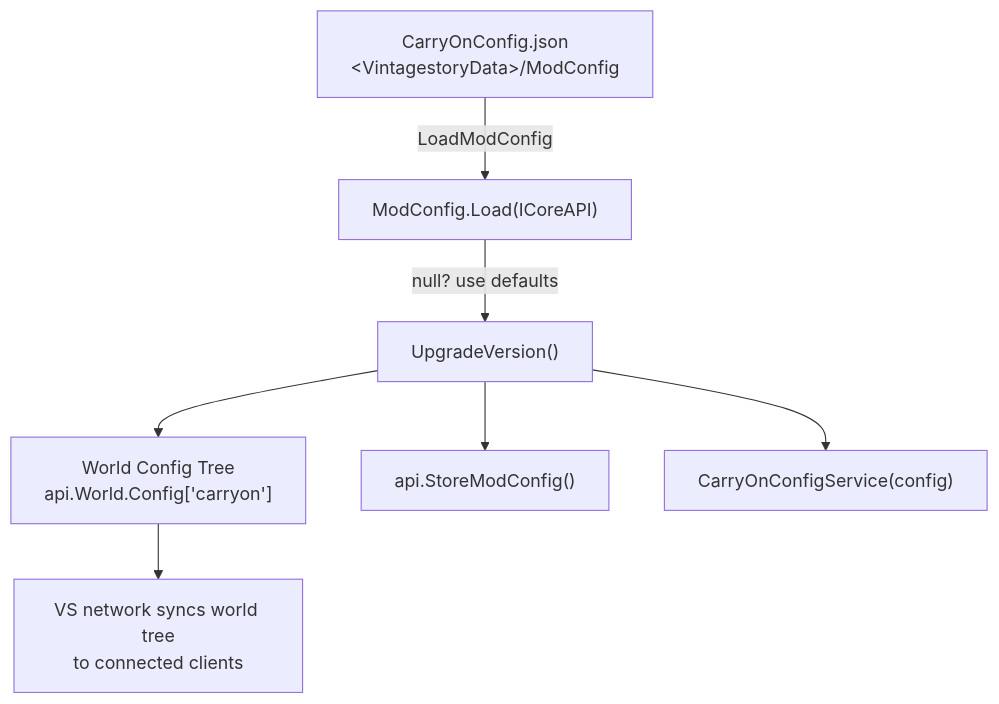
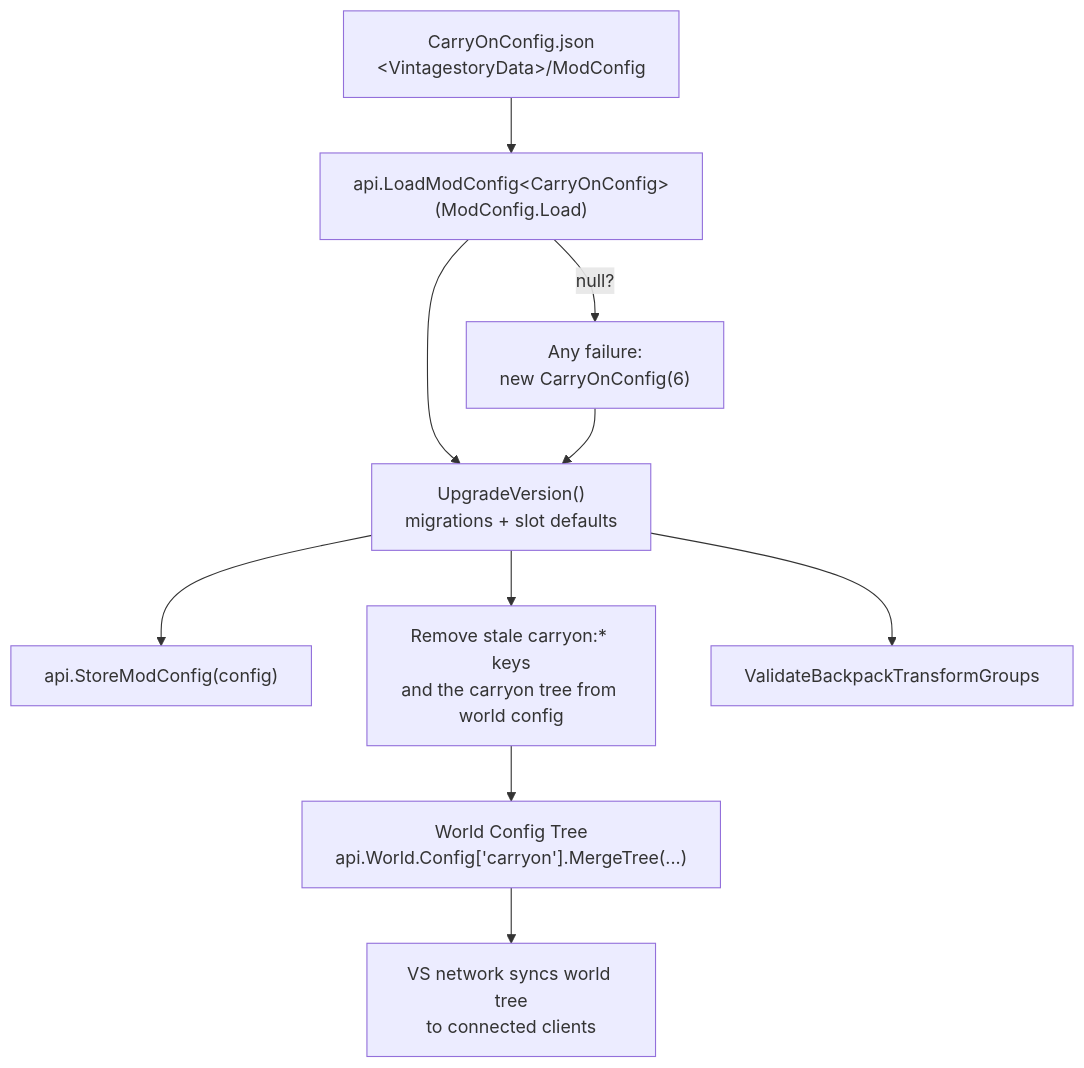
Before and after one commit to NerdScurvy/CarryOn: the first of 7 diagrams in docs/technical-overview/config-initialization-and-flow.md, drawn with Mermaid. The commit also changed other lines of this file and 392 other files, not shown here.

First line of the commit message:
merge: 2.0.0-rc.1 into main - CarryOn 2.0 release candidate

````diff
--- a/docs/technical-overview/config-initialization-and-flow.md
+++ b/docs/technical-overview/config-initialization-and-flow.md
@@ -57,17 +127,22 @@
 ```mermaid
 flowchart TD
     disk["CarryOnConfig.json<br>&lt;VintagestoryData&gt;/ModConfig"]
-    load["ModConfig.Load(ICoreAPI)"]
-    upgrade["UpgradeVersion()"]
-    worldTree["World Config Tree<br>api.World.Config['carryon']"]
-    store["api.StoreModConfig()"]
-    configService["CarryOnConfigService(config)"]
+    load["api.LoadModConfig&lt;CarryOnConfig&gt;<br>(ModConfig.Load)"]
+    upgrade["UpgradeVersion()<br>migrations + slot defaults"]
+    fallback["Any failure:<br>new CarryOnConfig(6)"]
+    store["api.StoreModConfig(config)"]
+    cleanup["Remove stale carryon:* keys<br>and the carryon tree from world config"]
+    worldTree["World Config Tree<br>api.World.Config['carryon'].MergeTree(...)"]
+    validate["ValidateBackpackTransformGroups"]
     clientSync["VS network syncs world tree<br>to connected clients"]
 
-    disk -->|LoadModConfig| load
-    load -->|null? use defaults| upgrade
-    upgrade --> configService
+    disk --> load
+    load -->|null?| fallback
+    load --> upgrade
+    fallback --> upgrade
     upgrade --> store
-    upgrade --> worldTree
+    upgrade --> cleanup
+    cleanup --> worldTree
     worldTree --> clientSync
+    upgrade --> validate
 ```
````
